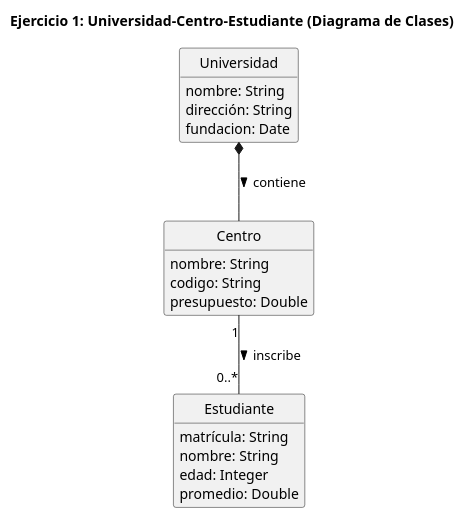
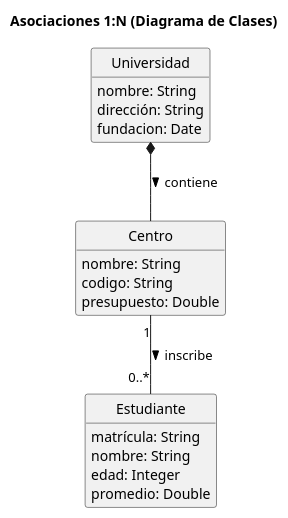
Before and after one commit to IISSI-US/web: the first of 9 diagrams in _diagrams/mc2mr/diagramas.puml, drawn with PlantUML. The commit also changed other lines of this file and 59 other files, not shown here.

```diff
--- a/_diagrams/mc2mr/diagramas.puml
+++ b/_diagrams/mc2mr/diagramas.puml
@@ -2,28 +1,28 @@
-@startuml ejercicio-01-universidad-clases
-title Ejercicio 1: Universidad-Centro-Estudiante (Diagrama de Clases)
+@startuml asociaciones-1n-clases
+title Asociaciones 1:N (Diagrama de Clases)
 
 hide empty members
 hide circle
 
 class Universidad {
   nombre: String
   dirección: String
   fundacion: Date
 }
 
 class Centro {
   nombre: String
   codigo: String
   presupuesto: Double
 }
 
 class Estudiante {
   matrícula: String
   nombre: String
   edad: Integer
   promedio: Double
 }
 
 Universidad *-- Centro : contiene >
 Centro "1" -- "0..*" Estudiante : inscribe >
 @enduml
```
